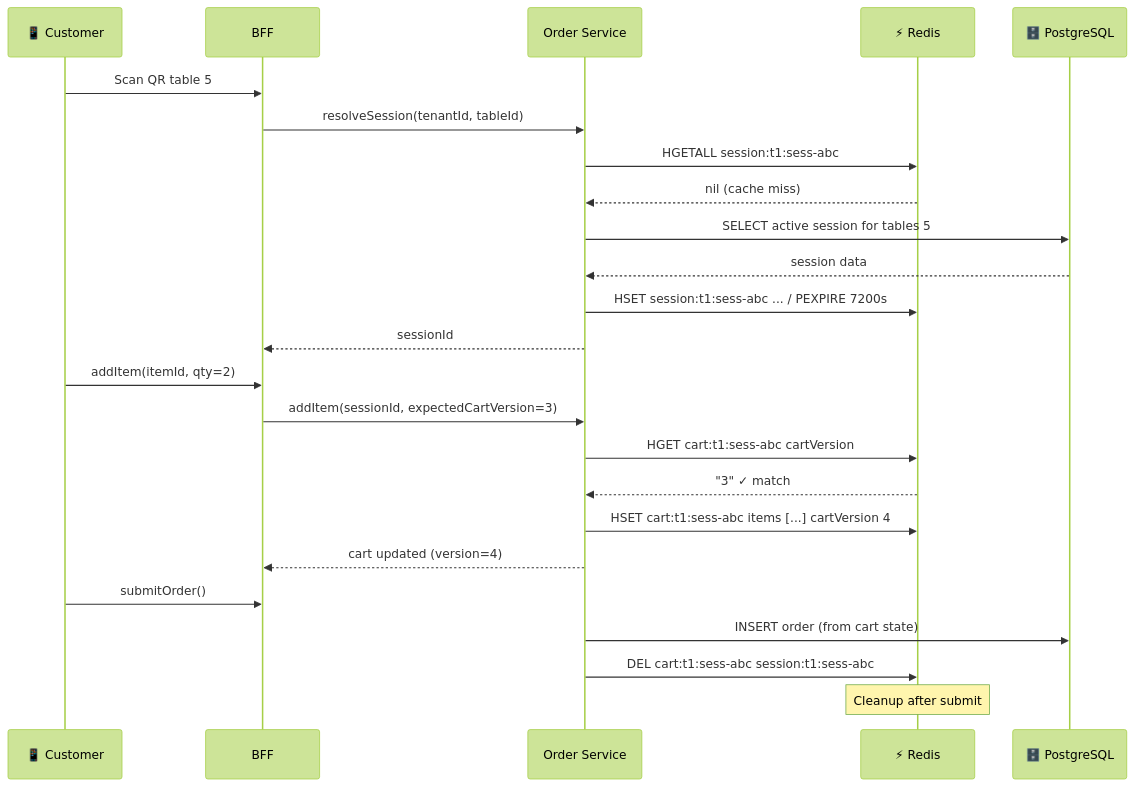
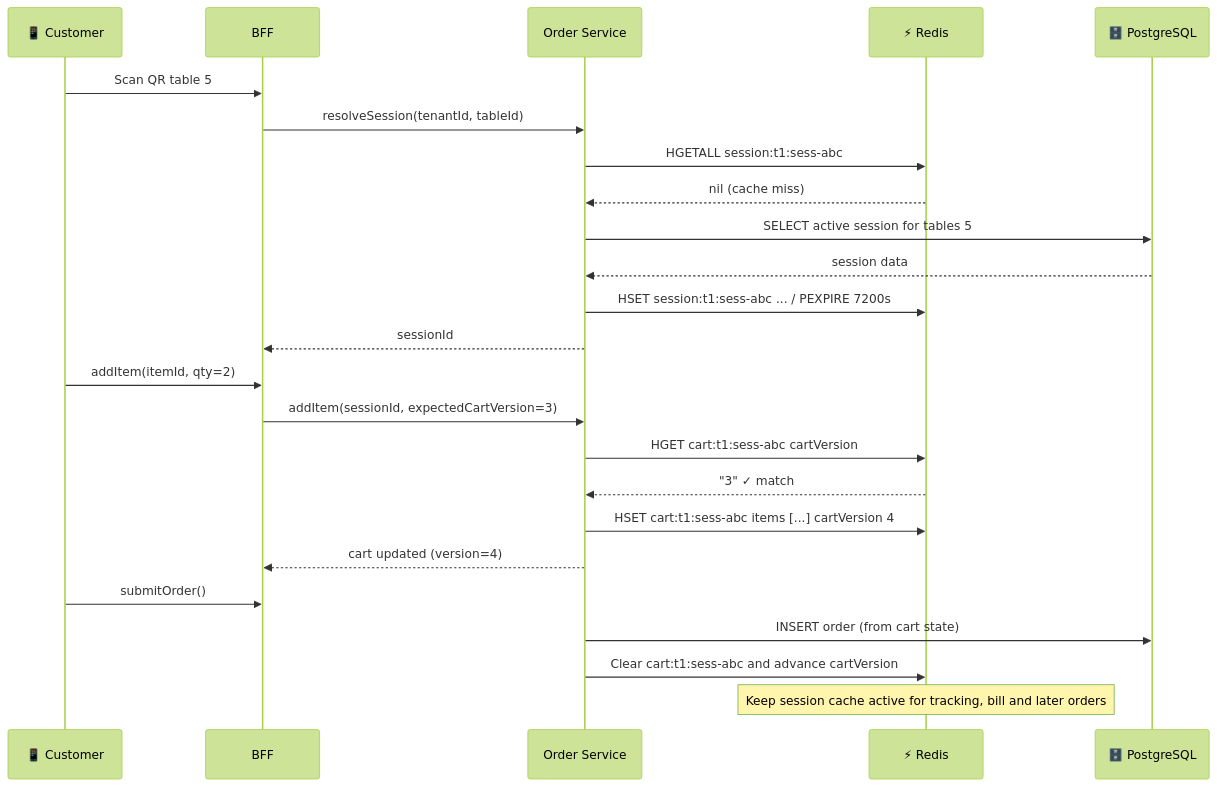
Before and after one commit to quan-vo-dinh/saas-pos-microservices-qrtable: the tenth of 12 diagrams in docs/guides/redis-qrtable.md, drawn with Mermaid (forest theme). The commit also changed other lines of this file and 13 other files, not shown here.

````diff
--- a/docs/guides/redis-qrtable.md
+++ b/docs/guides/redis-qrtable.md
@@ -619,29 +619,29 @@
 ```mermaid
 sequenceDiagram
     participant C as 📱 Customer
     participant BFF as BFF
     participant Order as Order Service
     participant Redis as ⚡ Redis
     participant PG as 🗄️ PostgreSQL
 
 C->>BFF: Scan QR table 5
     BFF->>Order: resolveSession(tenantId, tableId)
     Order->>Redis: HGETALL session:t1:sess-abc
     Redis-->>Order: nil (cache miss)
 Order->>PG: SELECT active session for tables 5
     PG-->>Order: session data
     Order->>Redis: HSET session:t1:sess-abc ... / PEXPIRE 7200s
     Order-->>BFF: sessionId
 
     C->>BFF: addItem(itemId, qty=2)
     BFF->>Order: addItem(sessionId, expectedCartVersion=3)
     Order->>Redis: HGET cart:t1:sess-abc cartVersion
 Redis-->>Order: "3" ✓ match
     Order->>Redis: HSET cart:t1:sess-abc items [...] cartVersion 4
     Order-->>BFF: cart updated (version=4)
 
     C->>BFF: submitOrder()
 Order->>PG: INSERT order (from cart state)
-    Order->>Redis: DEL cart:t1:sess-abc session:t1:sess-abc
-    Note over Redis: Cleanup after submit
+    Order->>Redis: Clear cart:t1:sess-abc and advance cartVersion
+    Note over Redis: Keep session cache active for tracking, bill and later orders
 ```
````
